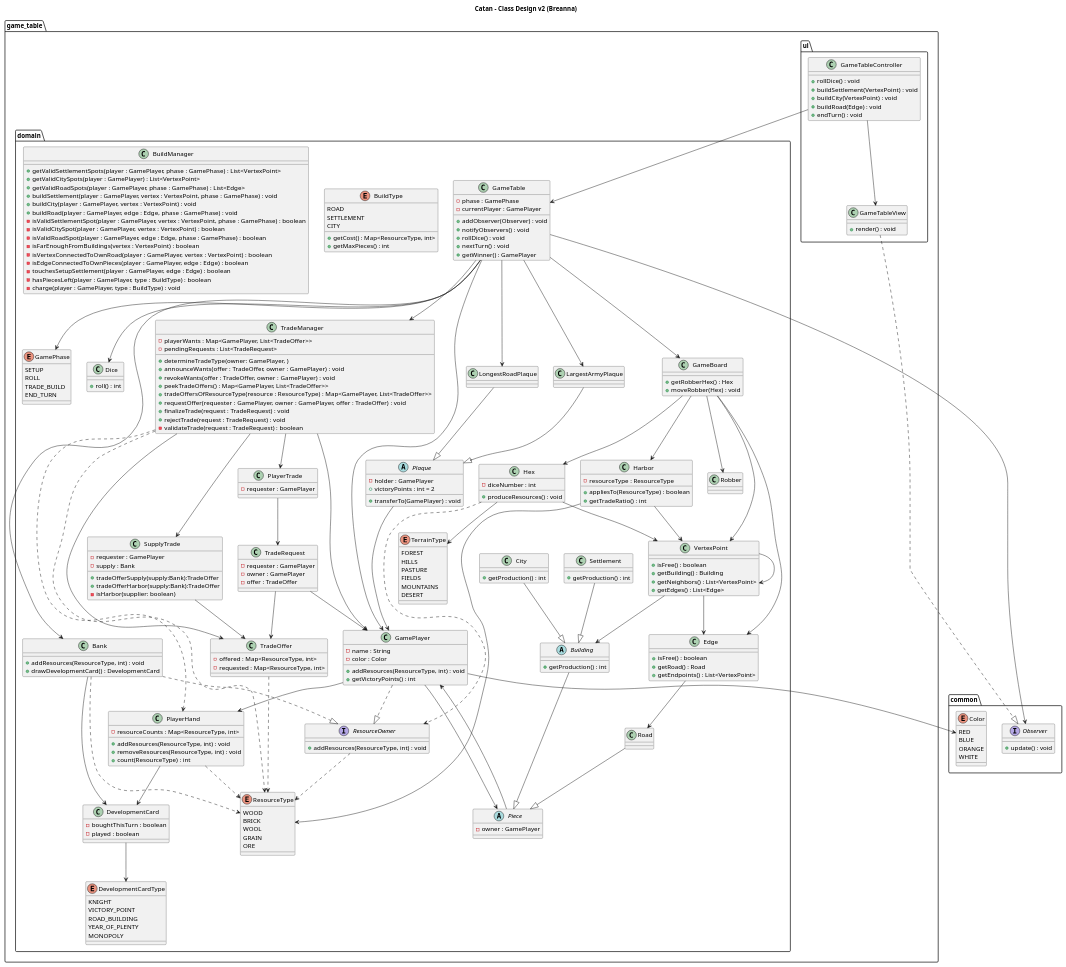
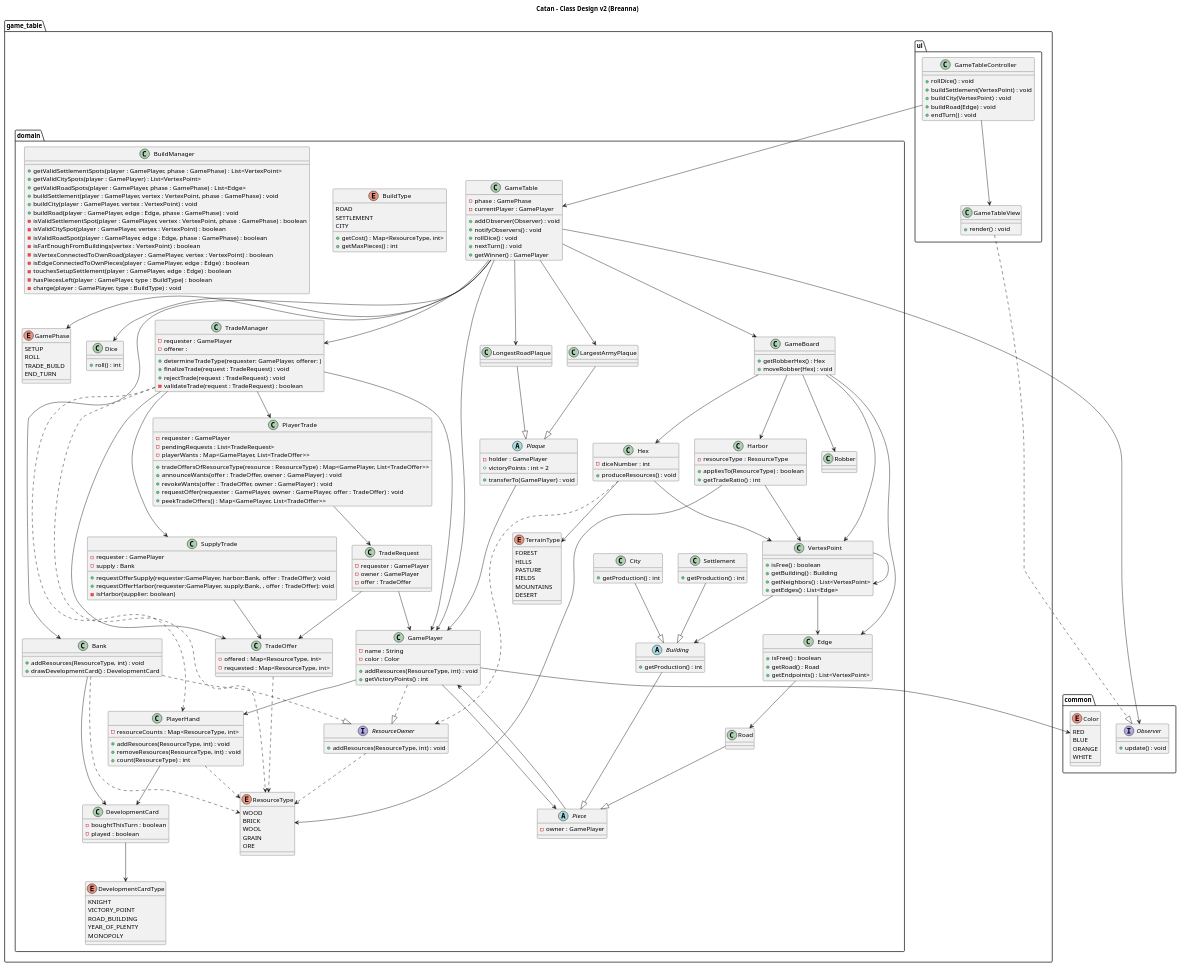
Before and after one commit to nu-cs-sqe/cs380-software-quality-engineering-20262701-course-project-group-5: the diagram in docs/design/game_table_breanna.puml, drawn with PlantUML.

Commit message:
trade manager functions refactored to supply and player

```diff
--- a/docs/design/game_table_breanna.puml
+++ b/docs/design/game_table_breanna.puml
@@ -63,14 +63,9 @@
     }
 
     class TradeManager {
-        -playerWants : Map<GamePlayer, List<TradeOffer>>
-        -pendingRequests : List<TradeRequest>
-        +determineTradeType(owner: GamePlayer, )
-        +announceWants(offer : TradeOffer, owner : GamePlayer) : void
-        +revokeWants(offer : TradeOffer, owner : GamePlayer) : void
-        +peekTradeOffers() : Map<GamePlayer, List<TradeOffer>>
-        +tradeOffersOfResourceType(resource : ResourceType) : Map<GamePlayer, List<TradeOffer>>
-        +requestOffer(requester : GamePlayer, owner : GamePlayer, offer : TradeOffer) : void
+        -requester : GamePlayer
+        -offerer :
+        +determineTradeType(requester: GamePlayer, offerer: )
         +finalizeTrade(request : TradeRequest) : void
         +rejectTrade(request : TradeRequest) : void
         -validateTrade(request : TradeRequest) : boolean
@@ -79,14 +74,21 @@
     class PlayerTrade
     {
         -requester : GamePlayer
+        -pendingRequests : List<TradeRequest>
+        -playerWants : Map<GamePlayer, List<TradeOffer>>
+        +tradeOffersOfResourceType(resource : ResourceType) : Map<GamePlayer, List<TradeOffer>>
+        +announceWants(offer : TradeOffer, owner : GamePlayer) : void
+        +revokeWants(offer : TradeOffer, owner : GamePlayer) : void
+        +requestOffer(requester : GamePlayer, owner : GamePlayer, offer : TradeOffer) : void
+        +peekTradeOffers() : Map<GamePlayer, List<TradeOffer>>
     }
 
     class SupplyTrade
     {
         -requester : GamePlayer
         -supply : Bank
-        +tradeOfferSupply(supply:Bank):TradeOffer
-        +tradeOfferHarbor(supply:Bank):TradeOffer
+        +requestOfferSupply(requester:GamePlayer, harbor:Bank, offer : TradeOffer): void
+        +requestOfferHarbor(requester:GamePlayer, supply:Bank, , offer : TradeOffer): void
         -isHarbor(supplier: boolean)
     }
 
```
